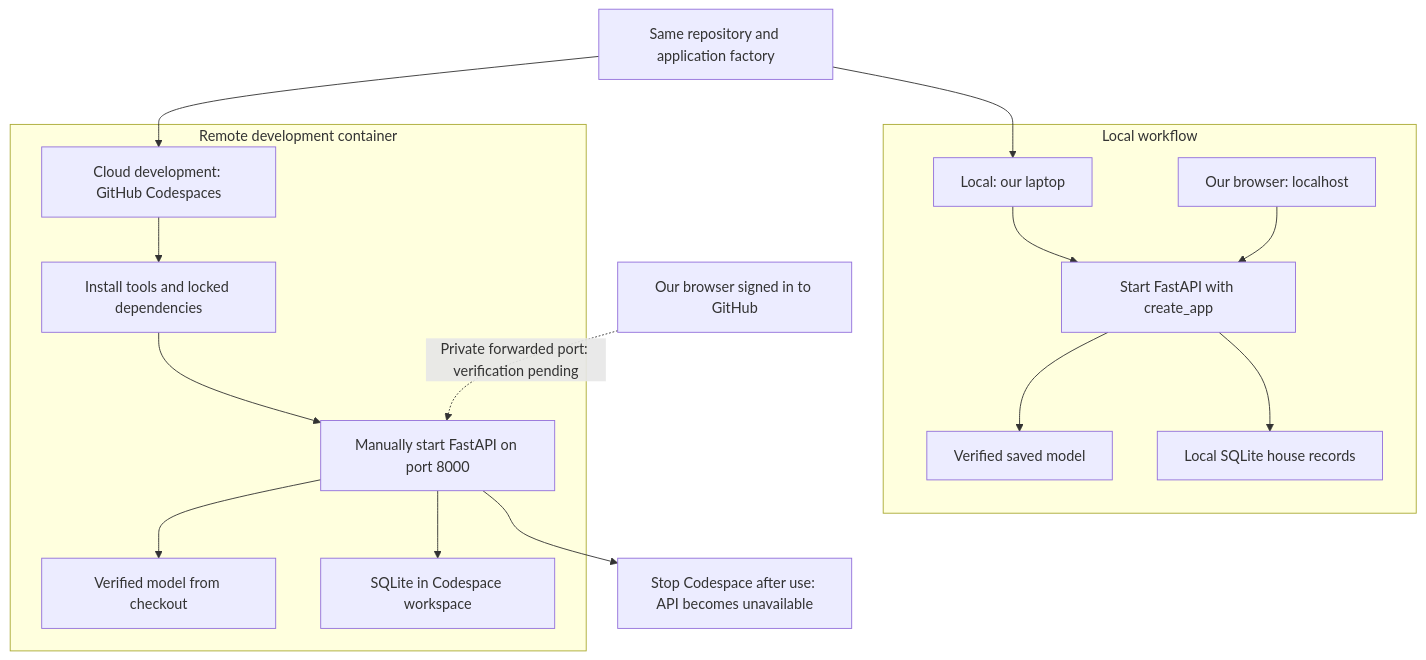
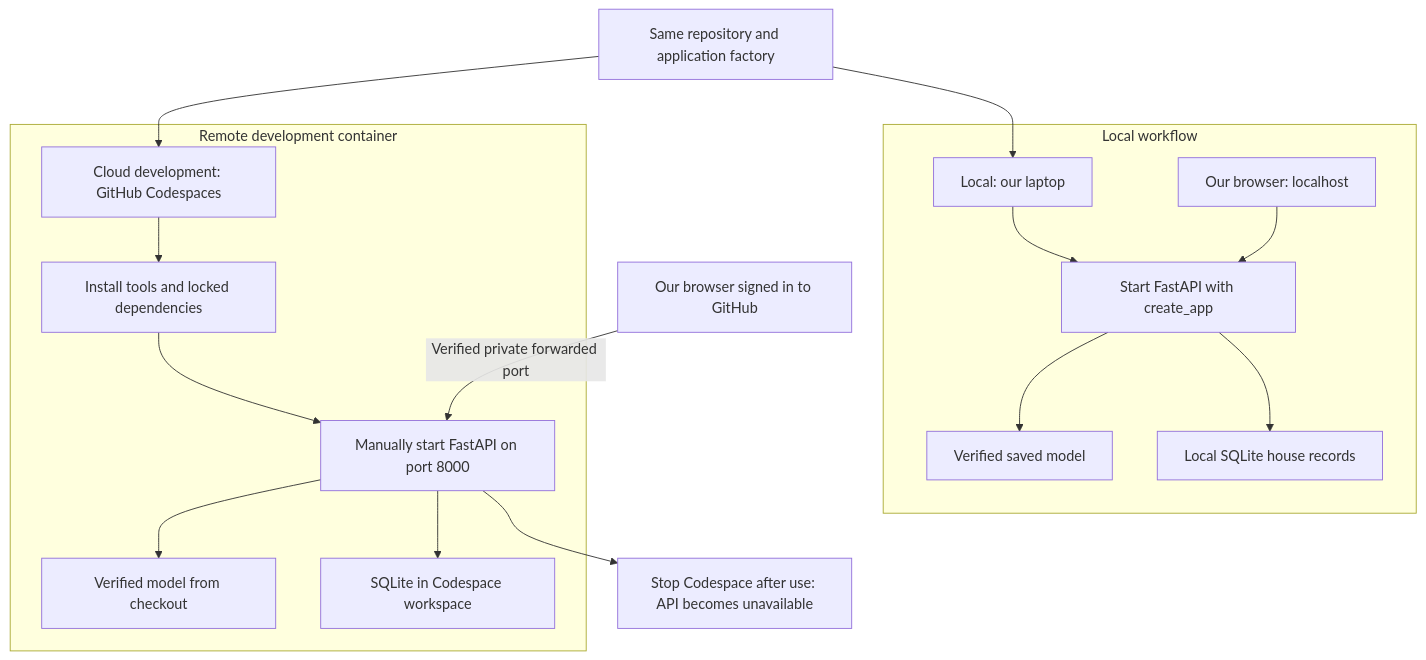
The diagram in docs/codespaces.md (roy-nfisch/king-county-house-price-app), drawn with Mermaid before and after one commit. The commit also changed other lines of this file and 2 other files, not shown here.

First line of the commit message:
docs: complete T15 private Codespaces verification

````diff
--- a/docs/codespaces.md
+++ b/docs/codespaces.md
@@ -22,22 +22,22 @@
 ```mermaid
 flowchart TB
     R[Same repository and application factory] --> L[Local: our laptop]
     R --> C[Cloud development: GitHub Codespaces]
 
     subgraph Laptop[Local workflow]
         L --> LA[Start FastAPI with create_app]
         LB[Our browser: localhost] --> LA
         LA --> LM[Verified saved model]
         LA --> LD[Local SQLite house records]
     end
 
     subgraph Codespace[Remote development container]
         C --> D[Install tools and locked dependencies]
         D --> CA[Manually start FastAPI on port 8000]
         CA --> CM[Verified model from checkout]
         CA --> CD[SQLite in Codespace workspace]
     end
 
-    B[Our browser signed in to GitHub] -. Private forwarded port: verification pending .-> CA
+    B[Our browser signed in to GitHub] -->|Verified private forwarded port| CA
     CA --> S[Stop Codespace after use: API becomes unavailable]
 ```
````
